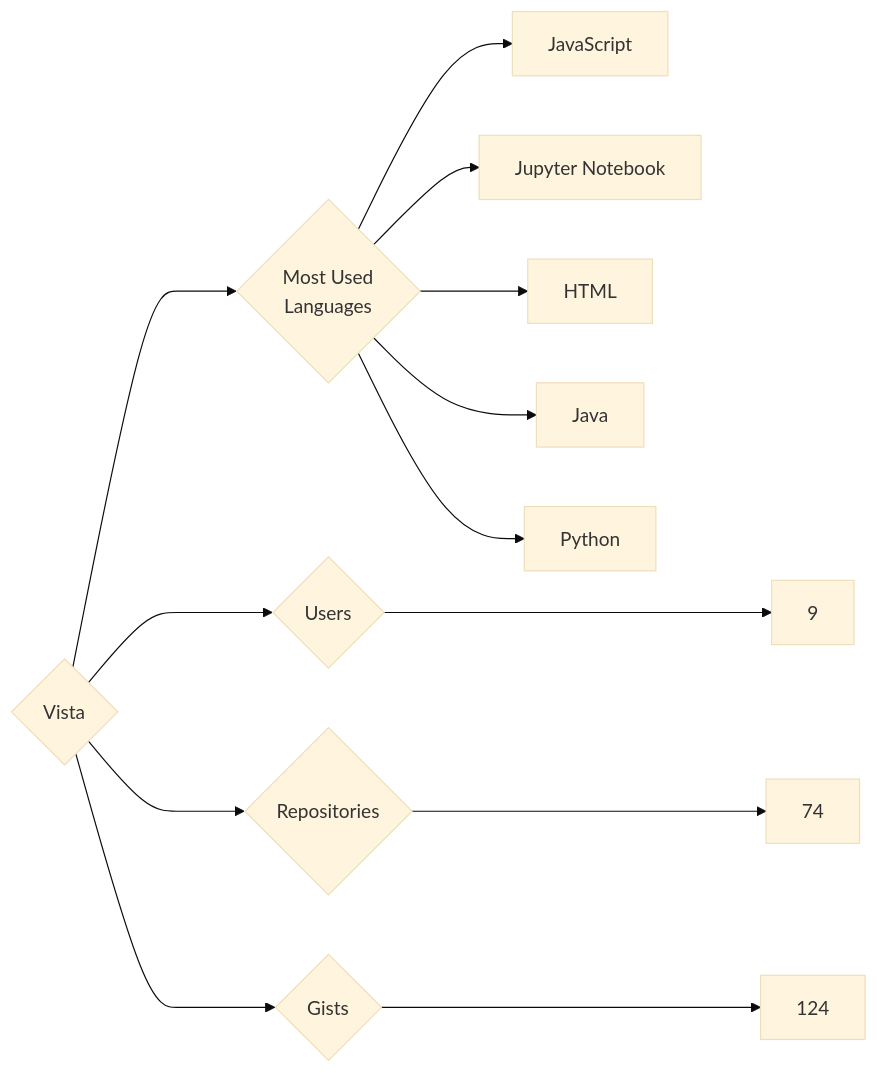
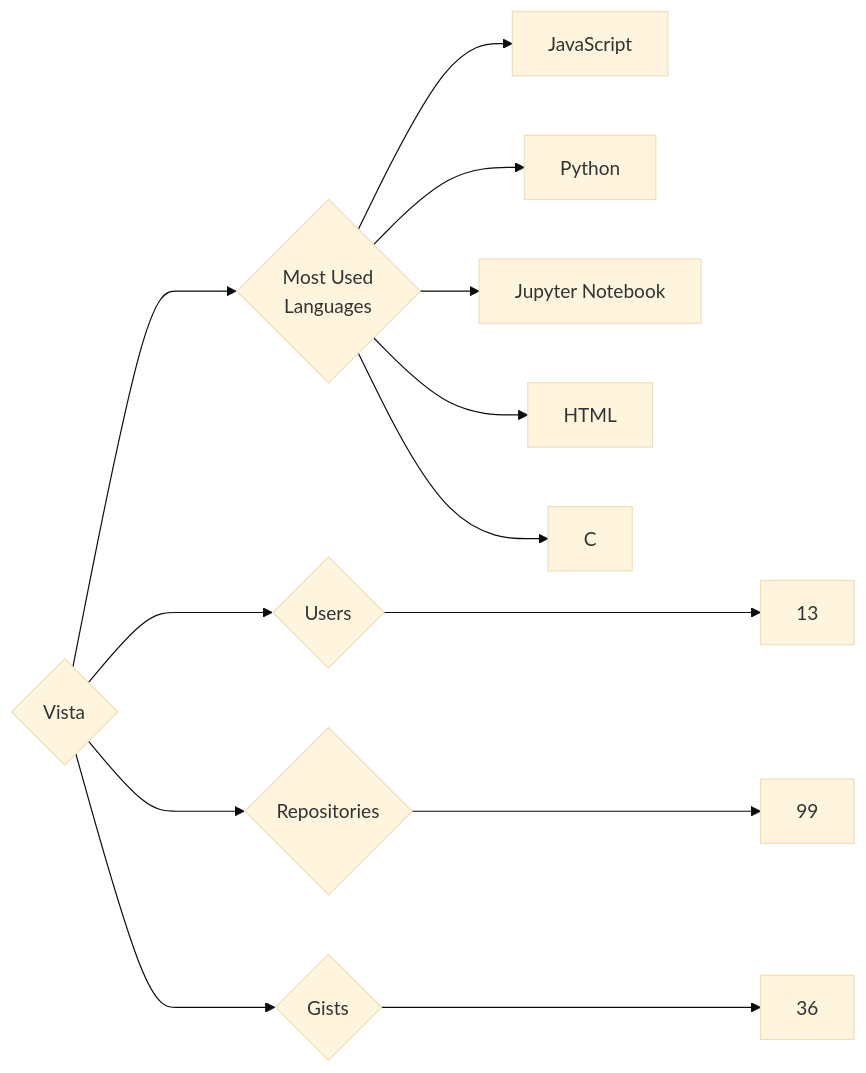
Before and after one commit to trickest/insiders: the diagram in targets/Vista/README.md, drawn with Mermaid (base theme). The commit also changed 898 other files, not shown here.

````diff
--- a/targets/Vista/README.md
+++ b/targets/Vista/README.md
@@ -3,13 +3,13 @@
 ```mermaid
 graph LR
 COMPANY_NAME{Vista}
-COMPANY_NAME ---> U{Users} ---> UN[9]
-COMPANY_NAME ---> R{Repositories} ---> RN[74]
-COMPANY_NAME ---> G{Gists} ---> GN[124]
+COMPANY_NAME ---> U{Users} ---> UN[13]
+COMPANY_NAME ---> R{Repositories} ---> RN[99]
+COMPANY_NAME ---> G{Gists} ---> GN[36]
 COMPANY_NAME ---> ML{Most Used<br>Languages}
 ML --> JavaScript[JavaScript]
+ML --> Python[Python]
 ML --> Jupyter_Notebook[Jupyter Notebook]
 ML --> HTML[HTML]
-ML --> Java[Java]
-ML --> Python[Python]
+ML --> C[C]
 ```
````
